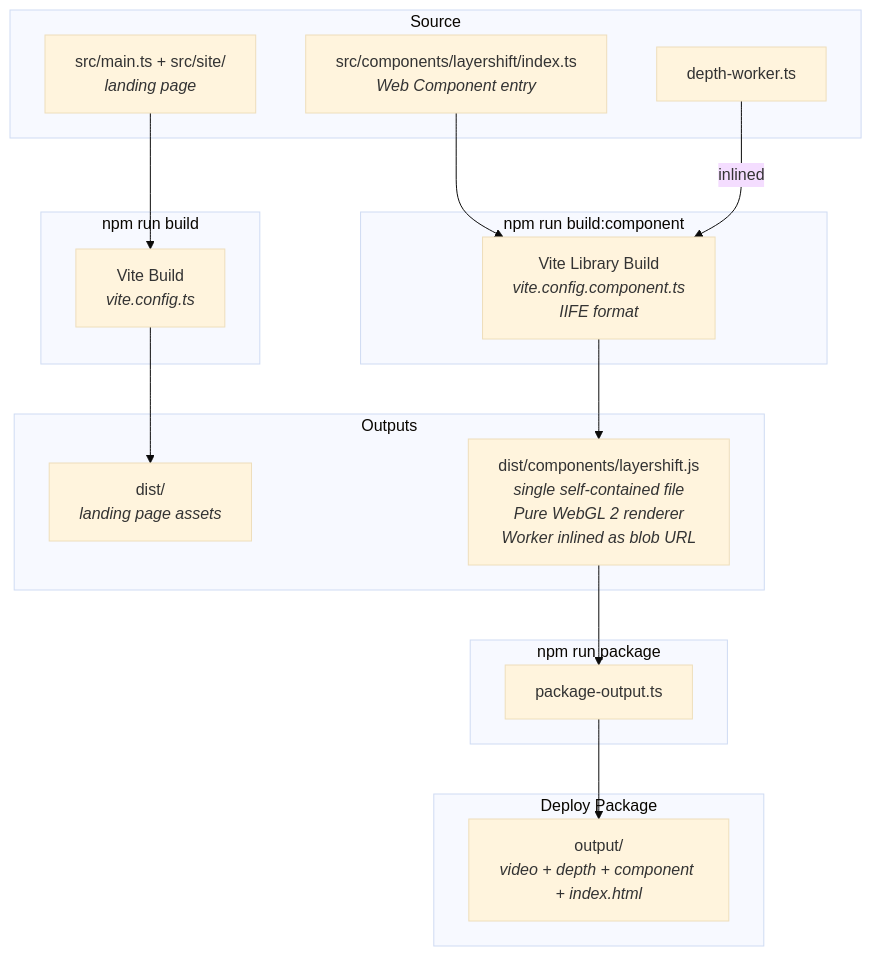
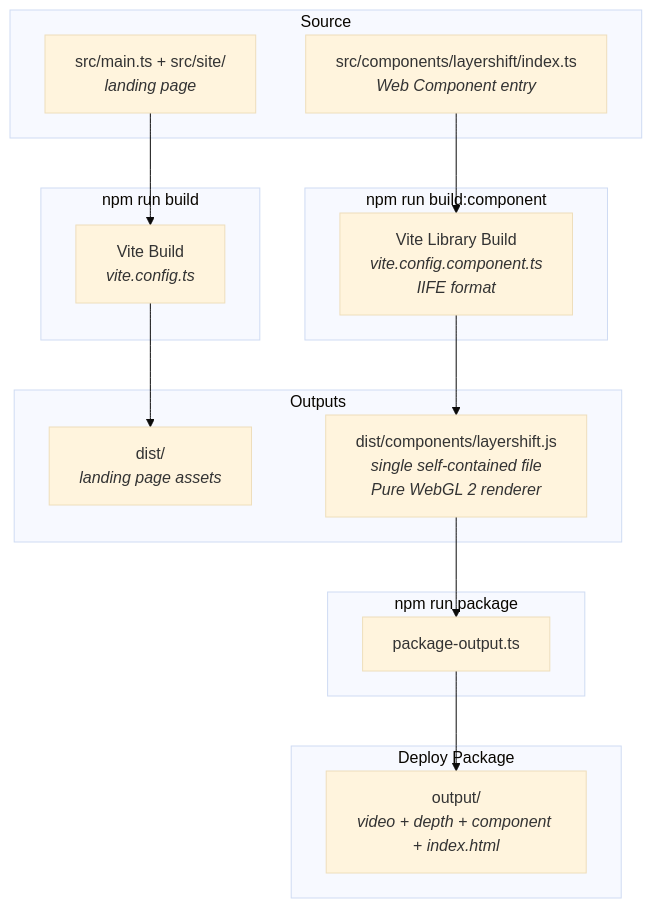
One commit to jeremysykes/layershift changed the diagram in docs/diagrams/build-system.md. Above: the diagram before and after it, drawn with Mermaid (base theme). The commit also changed 19 other files, not shown here.

First line of the commit message:
perf: move bilateral filter from CPU Web Worker to GPU shader pass

````diff
--- a/docs/diagrams/build-system.md
+++ b/docs/diagrams/build-system.md
@@ -7,35 +7,33 @@
 ```mermaid
 flowchart TD
     subgraph "Source"
         SRC_SITE["src/main.ts + src/site/<br/><i>landing page</i>"]
         SRC_COMP["src/components/layershift/index.ts<br/><i>Web Component entry</i>"]
-        WORKER_SRC["depth-worker.ts"]
     end
 
     subgraph "npm run build"
         BUILD_SITE["Vite Build<br/><i>vite.config.ts</i>"]
     end
 
     subgraph "npm run build:component"
         BUILD_COMP["Vite Library Build<br/><i>vite.config.component.ts</i><br/><i>IIFE format</i>"]
     end
 
     subgraph "Outputs"
         DIST_SITE["dist/<br/><i>landing page assets</i>"]
-        DIST_COMP["dist/components/layershift.js<br/><i>single self-contained file</i><br/><i>Pure WebGL 2 renderer</i><br/><i>Worker inlined as blob URL</i>"]
+        DIST_COMP["dist/components/layershift.js<br/><i>single self-contained file</i><br/><i>Pure WebGL 2 renderer</i>"]
     end
 
     SRC_SITE --> BUILD_SITE --> DIST_SITE
     SRC_COMP --> BUILD_COMP --> DIST_COMP
-    WORKER_SRC -->|inlined| BUILD_COMP
 
     subgraph "npm run package"
         PACKAGE["package-output.ts"]
     end
 
     subgraph "Deploy Package"
         OUTPUT["output/<br/><i>video + depth + component + index.html</i>"]
     end
 
     DIST_COMP --> PACKAGE --> OUTPUT
 ```
````
